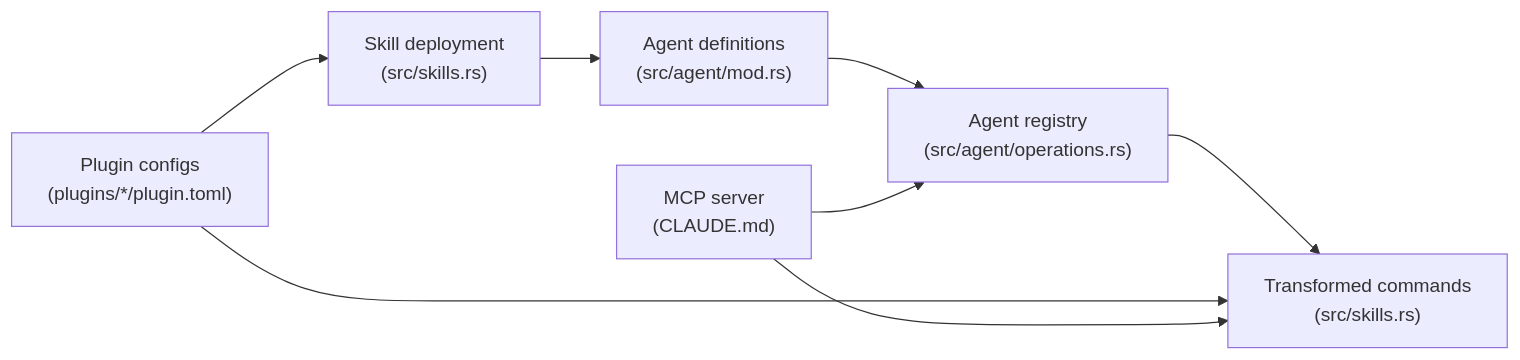
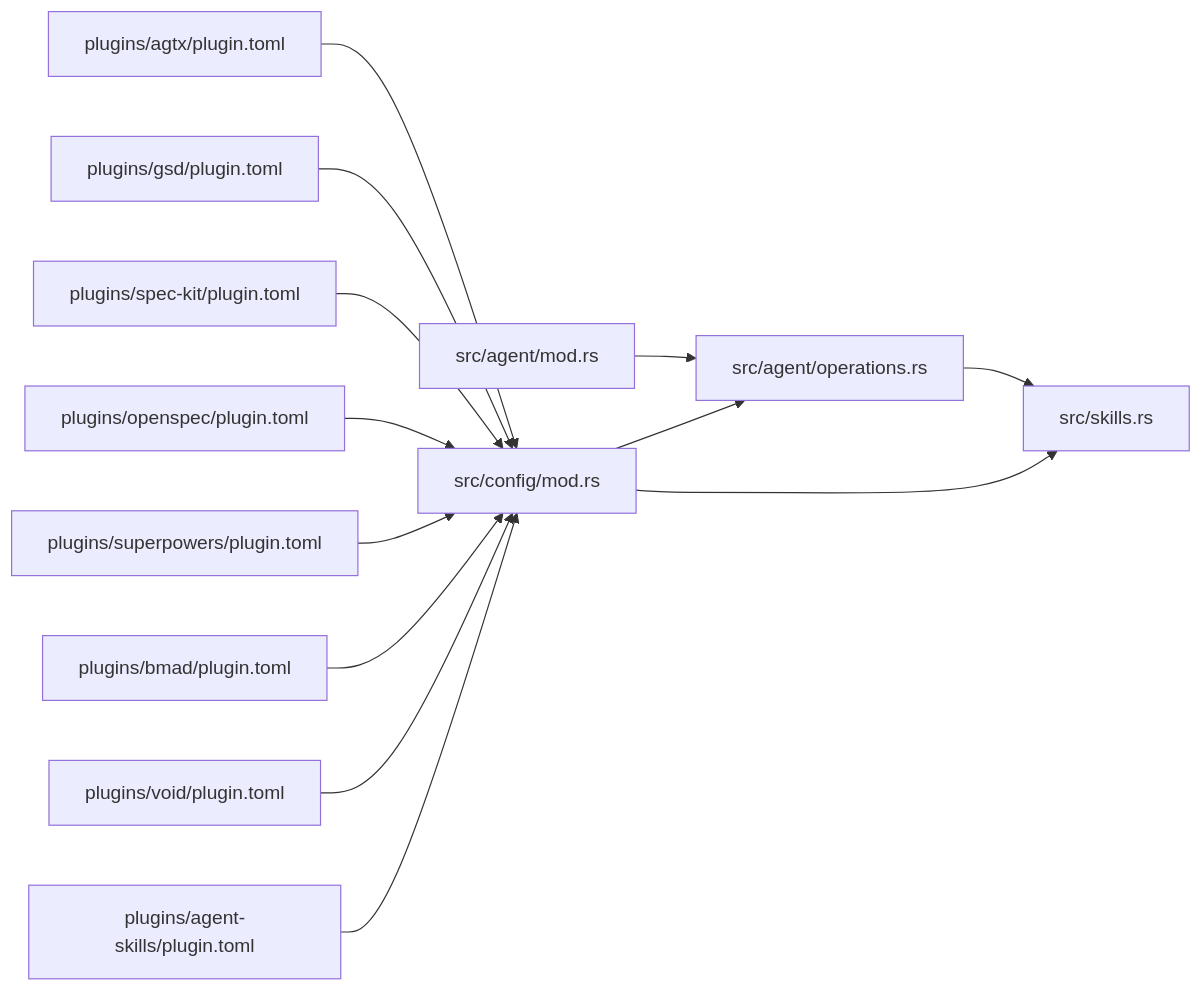
Before and after one commit to bramburn/agtx: the eighth of 8 diagrams in .qoder/repowiki/en/content/Agent Integration/Agent Integration.md, drawn with Mermaid. The commit also changed other lines of this file and 140 other files, not shown here.

````diff
--- a/.qoder/repowiki/en/content/Agent Integration/Agent Integration.md
+++ b/.qoder/repowiki/en/content/Agent Integration/Agent Integration.md
@@ -279,10 +341,15 @@
 ```mermaid
 graph LR
-Agents["Agent definitions<br/>(src/agent/mod.rs)"] --> Registry["Agent registry<br/>(src/agent/operations.rs)"]
-Registry --> Commands["Transformed commands<br/>(src/skills.rs)"]
-Skills["Skill deployment<br/>(src/skills.rs)"] --> Agents
-Plugins["Plugin configs<br/>(plugins/*/plugin.toml)"] --> Commands
-Plugins --> Skills
-MCP["MCP server<br/>(CLAUDE.md)"] --> Registry
-MCP --> Commands
+AgentMod["src/agent/mod.rs"] --> AgentOps["src/agent/operations.rs"]
+AgentOps --> Skills["src/skills.rs"]
+Config["src/config/mod.rs"] --> AgentOps
+Config --> Skills
+AgtxP["plugins/agtx/plugin.toml"] --> Config
+GSDP["plugins/gsd/plugin.toml"] --> Config
+SpecP["plugins/spec-kit/plugin.toml"] --> Config
+OpenSpecP["plugins/openspec/plugin.toml"] --> Config
+SuperP["plugins/superpowers/plugin.toml"] --> Config
+BMADP["plugins/bmad/plugin.toml"] --> Config
+VoidP["plugins/void/plugin.toml"] --> Config
+AgentSkillsP["plugins/agent-skills/plugin.toml"] --> Config
 ```
````
